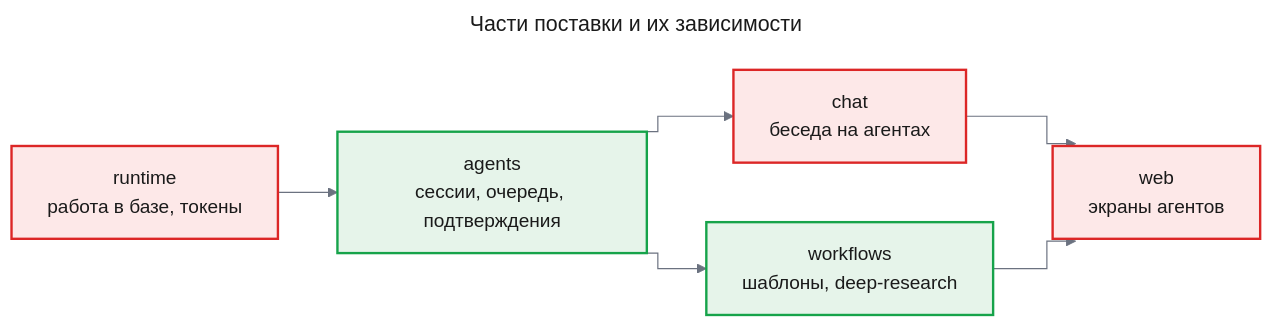
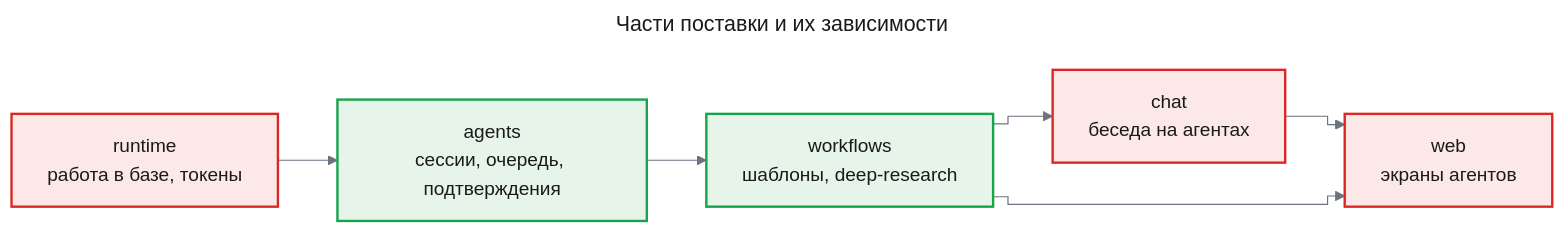
One commit to tundraray/agent-os changed the fifth of 5 diagrams in docs/features/agent-platform/prd.md. Above: the diagram before and after it, drawn with Mermaid. The commit also changed other lines of this file, not shown here.

````diff
--- a/docs/features/agent-platform/prd.md
+++ b/docs/features/agent-platform/prd.md
@@ -492,30 +499,30 @@
 ```mermaid
 ---
 title: "Части поставки и их зависимости"
 config:
   theme: base
   look: classic
   themeVariables:
     primaryColor: "#eef1f5"
     primaryBorderColor: "#4b5563"
     primaryTextColor: "#1a1a1a"
     lineColor: "#6b7280"
   flowchart:
     curve: step
 ---
 flowchart LR
     runtime["runtime<br/>работа в базе, токены"]
     agents["agents<br/>сессии, очередь, подтверждения"]
     chat["chat<br/>беседа на агентах"]
     workflows["workflows<br/>шаблоны, deep-research"]
     web["web<br/>экраны агентов"]
     runtime --> agents
-    agents --> chat
     agents --> workflows
+    workflows --> chat
     chat --> web
     workflows --> web
     classDef changed fill:#fde8e8,stroke:#dc2626,stroke-width:2px,color:#1a1a1a
     classDef new fill:#e6f4ea,stroke:#16a34a,stroke-width:2px,color:#1a1a1a
     class runtime,chat,web changed
     class agents,workflows new
 ```
````
